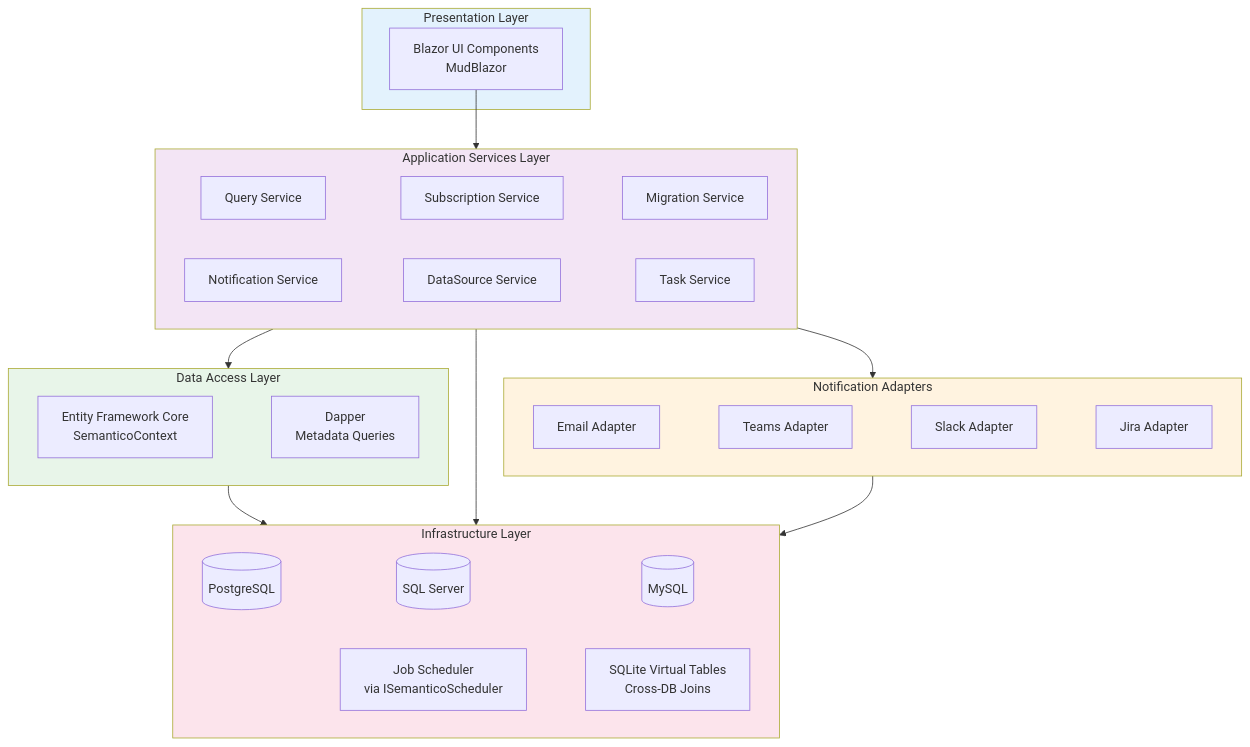
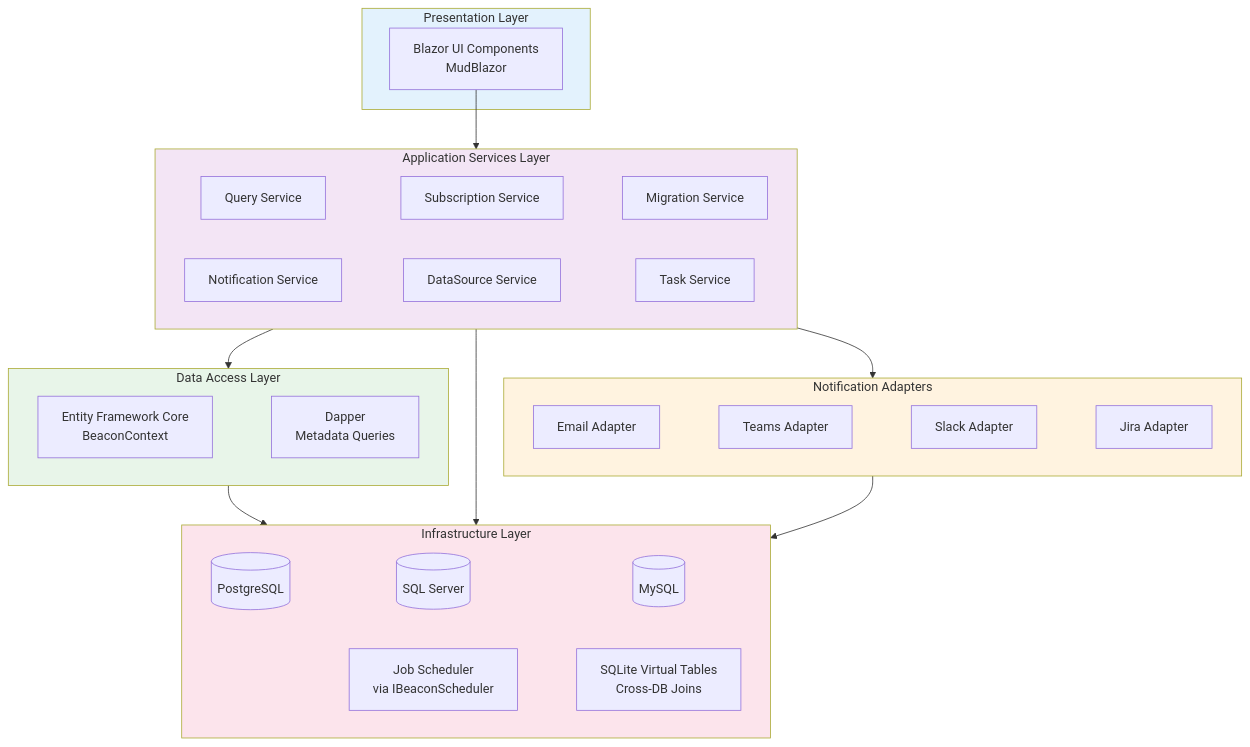
Before and after one commit to moberghr/beacon: the first of 3 diagrams in README.md, drawn with Mermaid. The commit also changed other lines of this file and 1591 other files, not shown here.

````diff
--- a/README.md
+++ b/README.md
@@ -81,37 +81,37 @@
 ```mermaid
 graph TB
     subgraph UI["Presentation Layer"]
         BlazorUI[Blazor UI Components<br/>MudBlazor]
     end
 
     subgraph Core["Application Services Layer"]
         QuerySvc[Query Service] ~~~ SubSvc[Subscription Service] ~~~ MigSvc[Migration Service]
         NotifSvc[Notification Service] ~~~ DataSrcSvc[DataSource Service] ~~~ TaskSvc[Task Service]
     end
 
     subgraph Adapters["Notification Adapters"]
         EmailAdapter[Email Adapter] ~~~ TeamsAdapter[Teams Adapter] ~~~ SlackAdapter[Slack Adapter] ~~~ JiraAdapter[Jira Adapter]
     end
 
     subgraph Data["Data Access Layer"]
-        EFCore[Entity Framework Core<br/>SemanticoContext] ~~~ Dapper[Dapper<br/>Metadata Queries]
+        EFCore[Entity Framework Core<br/>BeaconContext] ~~~ Dapper[Dapper<br/>Metadata Queries]
     end
 
     subgraph Infrastructure["Infrastructure Layer"]
         PgSQL[(PostgreSQL)] ~~~ MSSQL[(SQL Server)] ~~~ MySQL[(MySQL)]
-        Scheduler[Job Scheduler<br/>via ISemanticoScheduler] ~~~ SQLiteVM[SQLite Virtual Tables<br/>Cross-DB Joins]
+        Scheduler[Job Scheduler<br/>via IBeaconScheduler] ~~~ SQLiteVM[SQLite Virtual Tables<br/>Cross-DB Joins]
     end
 
     BlazorUI --> Core
     Core --> Adapters
     Core --> Data
     Data --> Infrastructure
     Core --> Infrastructure
     Adapters --> Infrastructure
 
     style UI fill:#e3f2fd
     style Core fill:#f3e5f5
     style Adapters fill:#fff3e0
     style Data fill:#e8f5e9
     style Infrastructure fill:#fce4ec
 ```
````
